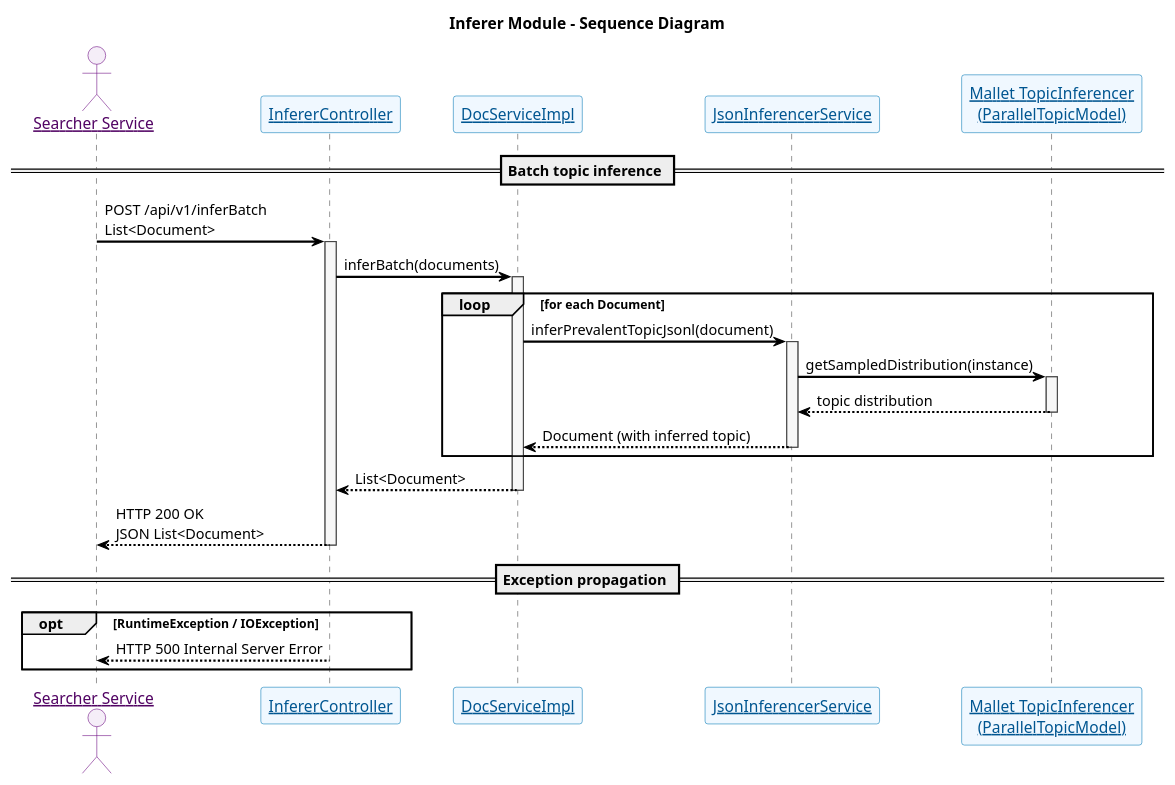
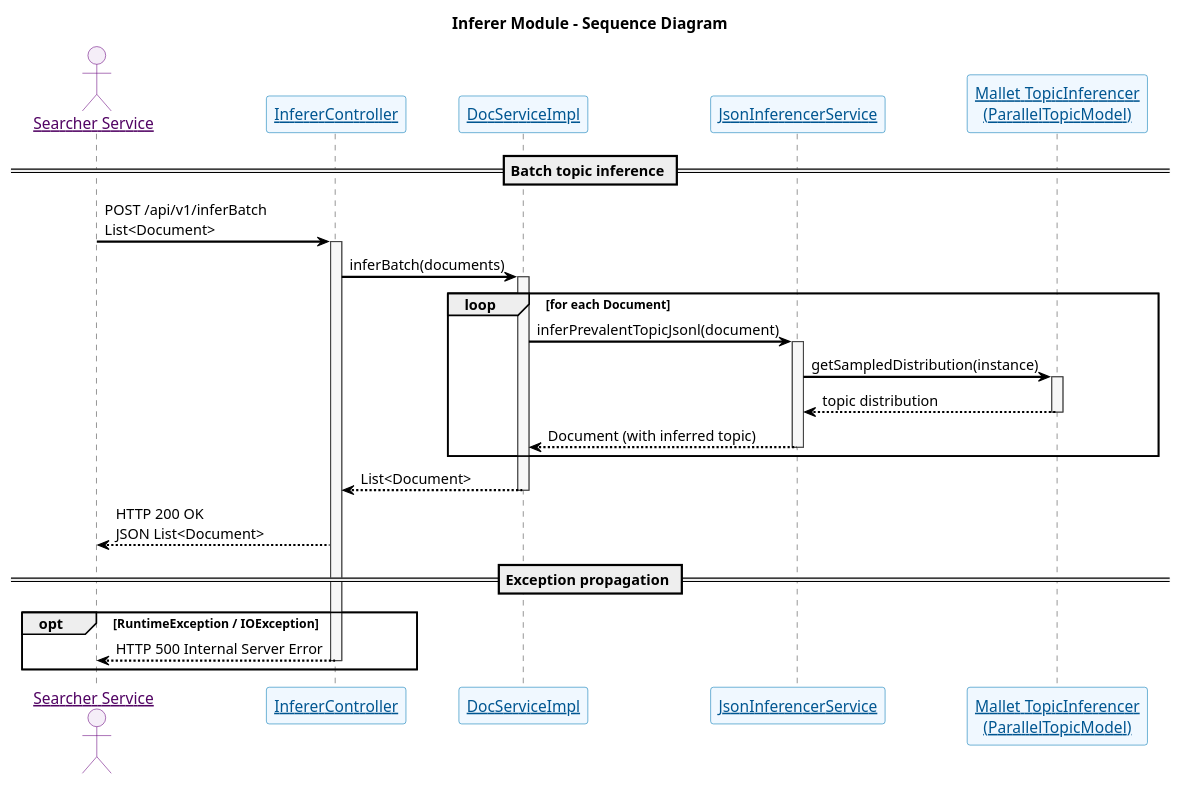
The diagram in documentation/Immagini presentazione/4+1 view model/Process_behaviour_view/Sequence_diagram/inferer_sequenceDiagram.plantuml (esspadoo/microservices-web-app), drawn with PlantUML before and after one commit. The commit also changed 7 other files, not shown here.

Commit message:
Updated sequence diagrams

```diff
--- a/documentation/Immagini presentazione/4+1 view model/Process_behaviour_view/Sequence_diagram/inferer_sequenceDiagram.plantuml
+++ b/documentation/Immagini presentazione/4+1 view model/Process_behaviour_view/Sequence_diagram/inferer_sequenceDiagram.plantuml
@@ -1,82 +1,82 @@
 @startuml
 
 skinparam sequenceParticipant underline 
 skinparam {
   ' Overall style
   FontSize 14
 
   ' Colors
   ArrowColor #000000
   ArrowFontColor #000000
   BackgroundColor #FFFFFF
   BorderColor #DEDEDE
   FontColor #333333
 
   ' Participant styling
   Participant {
     BorderColor #0077B6
     BackgroundColor #F0F8FF
     FontColor #005691
   }
 
   ' Actor styling
   Actor {
     BorderColor #6A057F
     BackgroundColor #F5EEF8
     FontColor #510363
   }
 
   ' Sequence specific
   Sequence {
     ArrowThickness 2
     LifeLineBorderColor #444444
     LifeLineBackgroundColor #F7F7F7
     BoxBorderColor #AAAAAA
     BoxBackgroundColor #FFFFFF
     BoxFontColor #333333
   }
 }
 
 title Inferer Module - Sequence Diagram
 
 actor "Searcher Service" as SEARCHER
 
 participant "InfererController" as IC
 participant "DocServiceImpl" as DSI
 participant "JsonInferencerService" as JIS
 participant "Mallet TopicInferencer\n(ParallelTopicModel)" as MALLET
 
 == Batch topic inference ==
 
 SEARCHER -> IC : POST /api/v1/inferBatch\nList<Document>
 activate IC
 
 IC -> DSI : inferBatch(documents)
 activate DSI
 
 loop for each Document
     DSI -> JIS : inferPrevalentTopicJsonl(document)
     activate JIS
 
     JIS -> MALLET : getSampledDistribution(instance)
     activate MALLET
     MALLET --> JIS : topic distribution
     deactivate MALLET
 
     JIS --> DSI : Document (with inferred topic)
     deactivate JIS
 end
 
 DSI --> IC : List<Document>
 deactivate DSI
 
 IC --> SEARCHER : HTTP 200 OK\nJSON List<Document>
-deactivate IC
 
 == Exception propagation ==
 
 opt RuntimeException / IOException
     IC --> SEARCHER : HTTP 500 Internal Server Error
+    deactivate IC
 end
 
 @enduml
```
